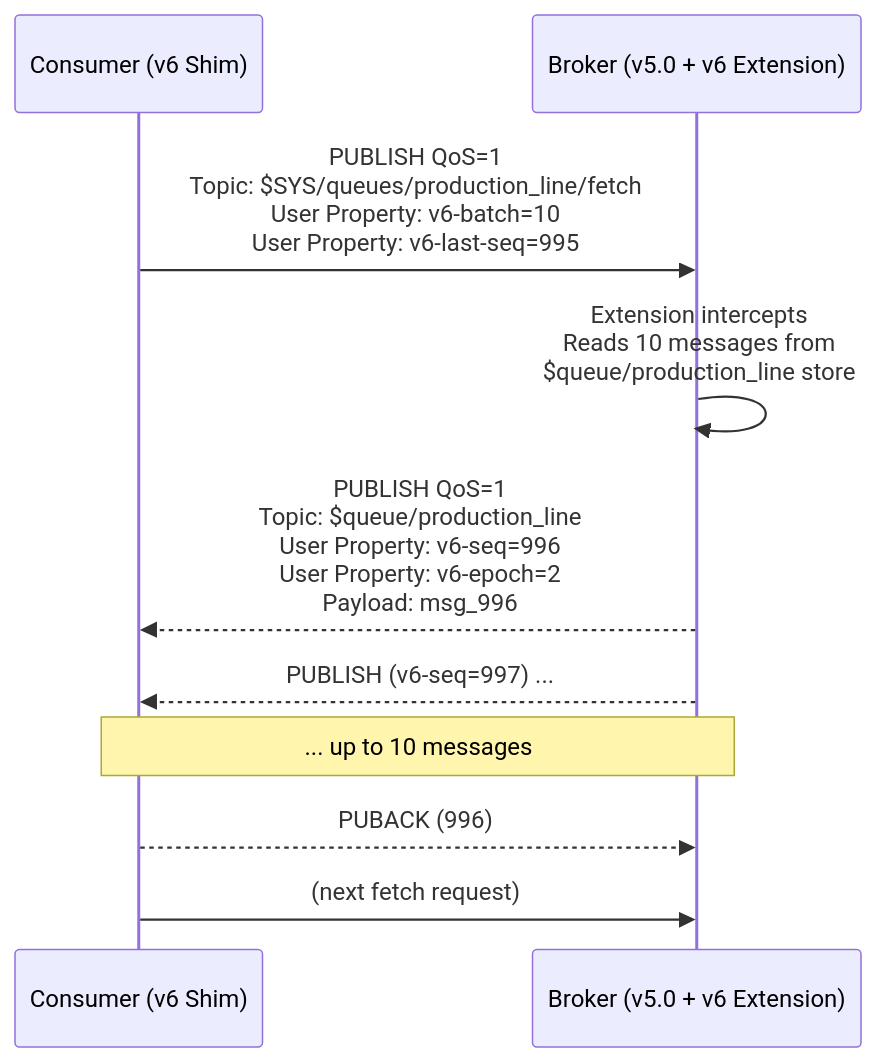
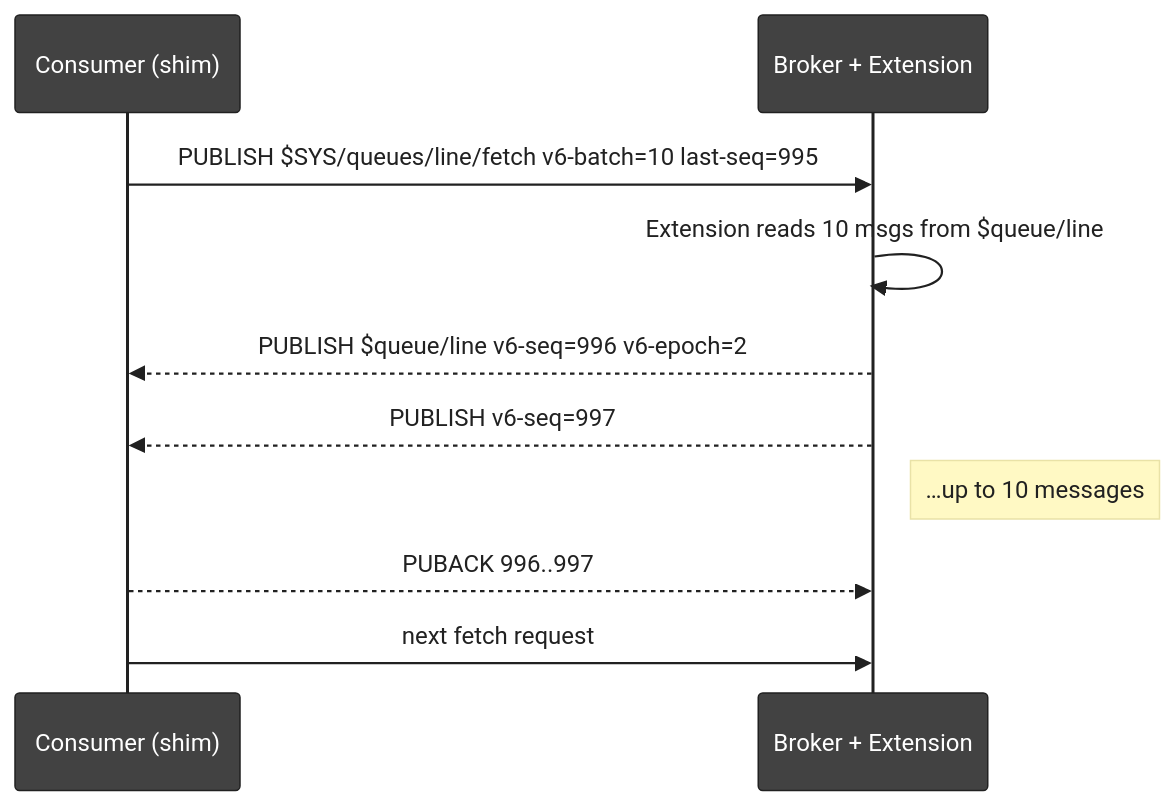
One commit to bsommers/mqtt-6.0-proposal changed the fourth of 8 diagrams in docs/diagrams/packet-flows.md. Above: the diagram before and after it, drawn with Mermaid. The commit also changed other lines of this file and 2 other files, not shown here.

First line of the commit message:
Redesign diagrams with HiveMQ black/yellow, C4, compact layout

````diff
--- a/docs/diagrams/packet-flows.md
+++ b/docs/diagrams/packet-flows.md
@@ -89,16 +73,14 @@
 ```mermaid
+%%{init:{'theme':'base','themeVariables':{'primaryColor':'#FFD600','primaryTextColor':'#212121','primaryBorderColor':'#212121','lineColor':'#212121','actorBkg':'#424242','actorBorder':'#212121','actorTextColor':'#FFFFFF','noteBkgColor':'#FFF9C4','noteTextColor':'#212121','activationBkgColor':'#FFF9C4','signalColor':'#212121','signalTextColor':'#212121'}}}%%
 sequenceDiagram
-    participant C as Consumer (v6 Shim)
-    participant B as Broker (v5.0 + v6 Extension)
+    participant C as Consumer (shim)
+    participant B as Broker + Extension
 
-    C->>B: PUBLISH QoS=1<br/>Topic: $SYS/queues/production_line/fetch<br/>User Property: v6-batch=10<br/>User Property: v6-last-seq=995
-
-    B->>B: Extension intercepts<br/>Reads 10 messages from<br/>$queue/production_line store
-
-    B-->>C: PUBLISH QoS=1<br/>Topic: $queue/production_line<br/>User Property: v6-seq=996<br/>User Property: v6-epoch=2<br/>Payload: msg_996
-    B-->>C: PUBLISH (v6-seq=997) ...
-    Note over B,C: ... up to 10 messages
-
-    C-->>B: PUBACK (996)
-    C->>B: (next fetch request)
+    C->>B: PUBLISH $SYS/queues/line/fetch v6-batch=10 last-seq=995
+    B->>B: Extension reads 10 msgs from $queue/line
+    B-->>C: PUBLISH $queue/line v6-seq=996 v6-epoch=2
+    B-->>C: PUBLISH v6-seq=997
+    Note right of B: …up to 10 messages
+    C-->>B: PUBACK 996..997
+    C->>B: next fetch request
 ```
````
